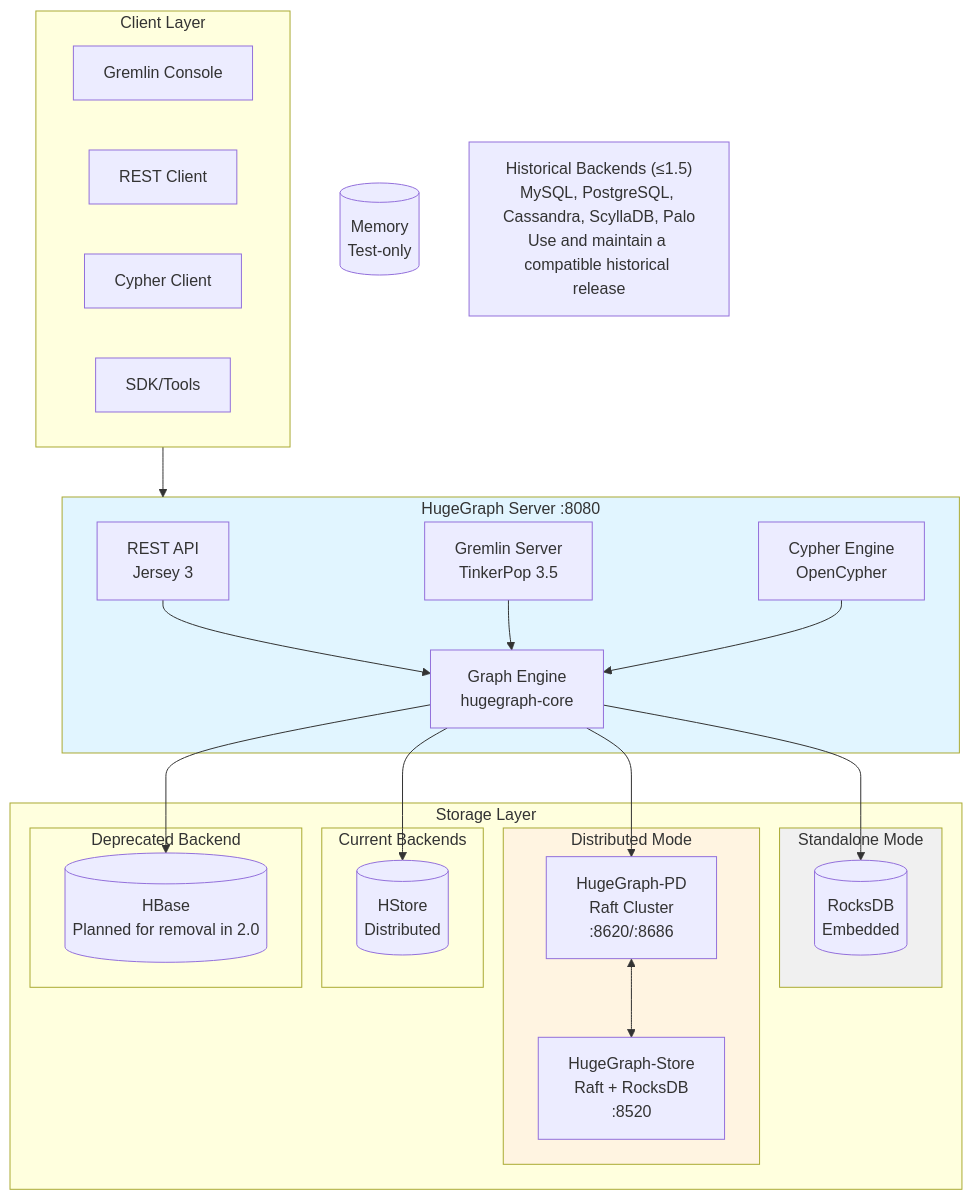
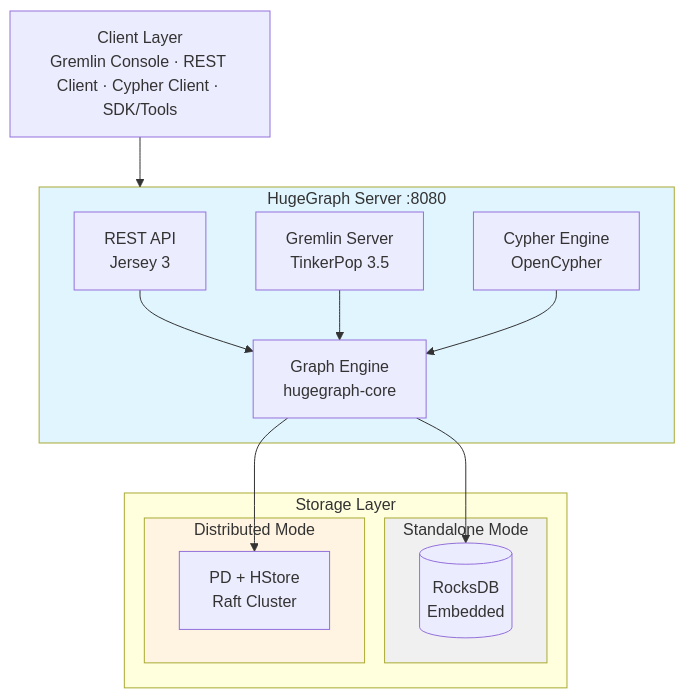
The diagram in README.md (LegendPei/hugegraph), drawn with Mermaid before and after one commit. The commit also changed other lines of this file and 1 other file, not shown here.

First line of the commit message:
docs(readme): simplify backend architecture

````diff
--- a/README.md
+++ b/README.md
@@ -134,53 +105,33 @@
 ```mermaid
 flowchart TB
-    subgraph Clients["Client Layer"]
-        GC[Gremlin Console]
-        REST[REST Client]
-        CYPHER[Cypher Client]
-        SDK[SDK/Tools]
-    end
+    CLIENTS["Client Layer<br/>Gremlin Console · REST Client · Cypher Client · SDK/Tools"]
 
     subgraph Server["HugeGraph Server :8080"]
         API[REST API<br/>Jersey 3]
         GS[Gremlin Server<br/>TinkerPop 3.5]
         CS[Cypher Engine<br/>OpenCypher]
         CORE[Graph Engine<br/>hugegraph-core]
 
         API --> CORE
         GS --> CORE
         CS --> CORE
     end
 
     subgraph Storage["Storage Layer"]
         subgraph Standalone["Standalone Mode"]
             ROCKS[(RocksDB<br/>Embedded)]
         end
 
         subgraph Distributed["Distributed Mode"]
-            PD[HugeGraph-PD<br/>Raft Cluster<br/>:8620/:8686]
-            STORE[HugeGraph-Store<br/>Raft + RocksDB<br/>:8520]
-            PD <--> STORE
-        end
-
-        subgraph Backends["Current Backends"]
-            HSTORE[(HStore<br/>Distributed)]
-        end
-
-        subgraph Deprecated["Deprecated Backend"]
-            HBASE[(HBase<br/>Planned for removal in 2.0)]
+            PD_HSTORE[PD + HStore<br/>Raft Cluster]
         end
     end
 
-    MEMORY[(Memory<br/>Test-only)]
-    HISTORY["Historical Backends (≤1.5)<br/>MySQL, PostgreSQL, Cassandra, ScyllaDB, Palo<br/>Use and maintain a compatible historical release"]
-
-    Clients --> Server
+    CLIENTS --> Server
     CORE --> ROCKS
-    CORE --> PD
-    CORE --> HBASE
-    CORE --> HSTORE
+    CORE --> PD_HSTORE
 
     style Server fill:#e1f5ff
     style Distributed fill:#fff4e1
     style Standalone fill:#f0f0f0
 ```
````
